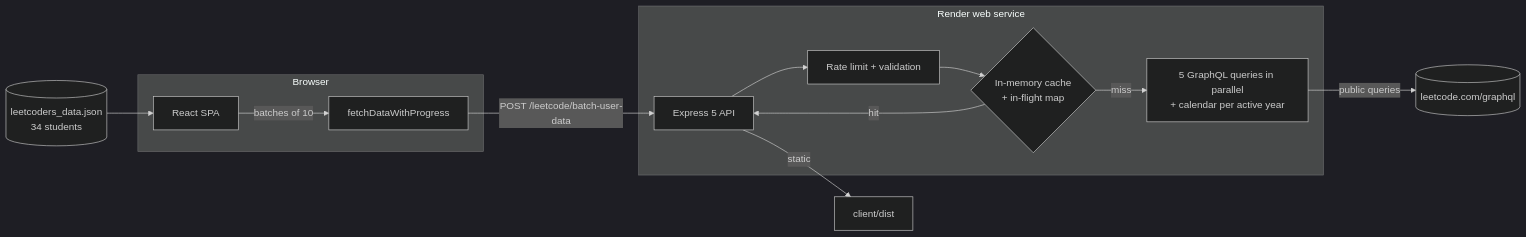
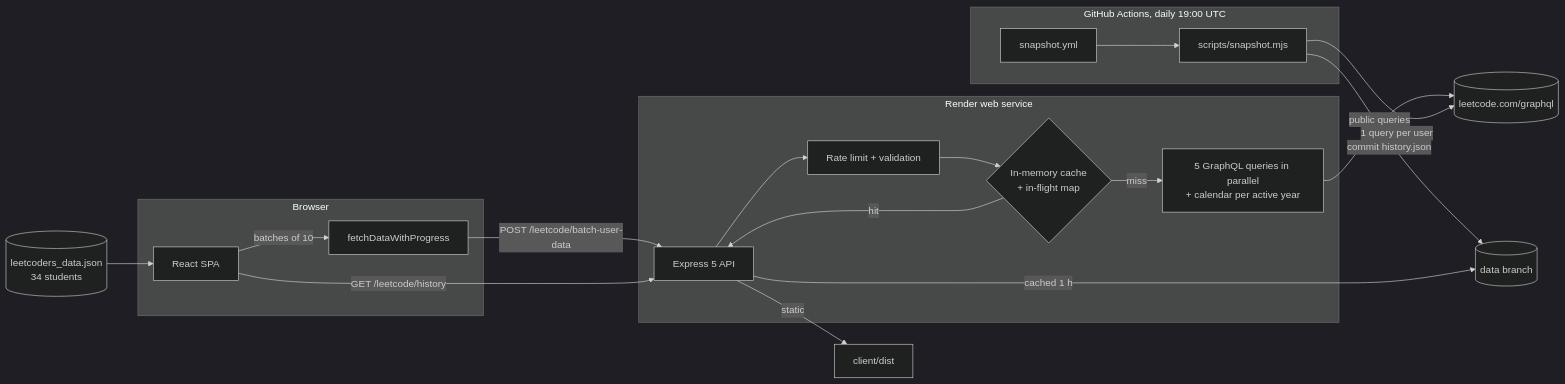
One commit to MCA-NITW/leetcode_among_us changed the diagram in README.md. Above: the diagram before and after it, drawn with Mermaid (dark theme). The commit also changed other lines of this file and 27 other files, not shown here.

First line of the commit message:
feat: daily history snapshots, weekly movers and fork-ready deploys (#184)

````diff
--- a/README.md
+++ b/README.md
@@ -49,16 +75,23 @@
 ```mermaid
 flowchart LR
   roster[(leetcoders_data.json<br/>34 students)] --> app
   subgraph browser[Browser]
     app[React SPA] -->|batches of 10| fetchers[fetchDataWithProgress]
   end
   fetchers -->|POST /leetcode/batch-user-data| api
   subgraph render[Render web service]
     api[Express 5 API] --> limiter[Rate limit + validation]
     limiter --> cache{In-memory cache<br/>+ in-flight map}
     cache -->|hit| api
     cache -->|miss| fanout[5 GraphQL queries in parallel<br/>+ calendar per active year]
   end
   fanout -->|public queries| lc[(leetcode.com/graphql)]
   api -->|static| spa[client/dist]
+  subgraph actions[GitHub Actions, daily 19:00 UTC]
+    cron[snapshot.yml] --> snap[scripts/snapshot.mjs]
+  end
+  snap -->|1 query per user| lc
+  snap -->|commit history.json| data[(data branch)]
+  app -->|GET /leetcode/history| api
+  api -->|cached 1 h| data
 ```
````
